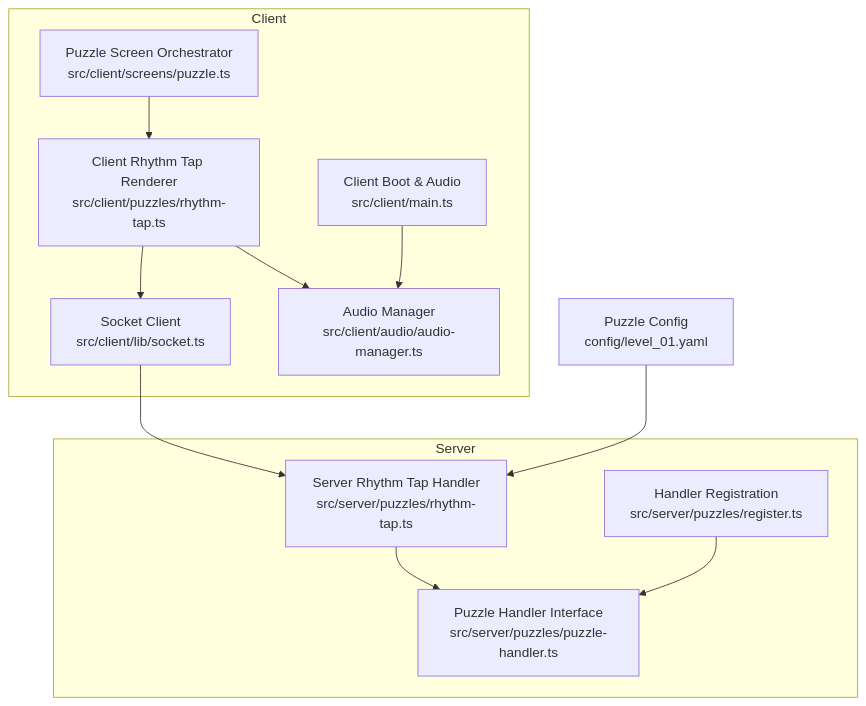
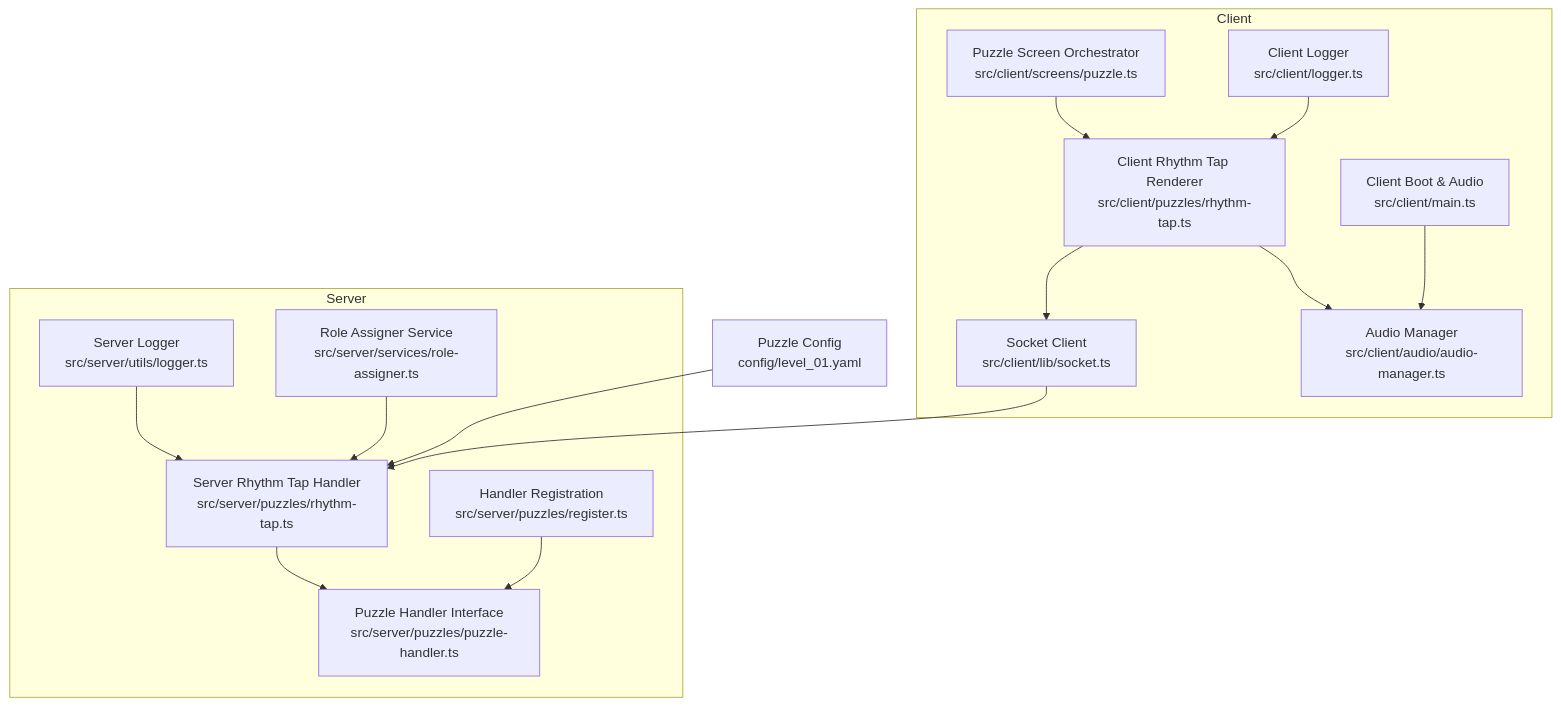
The first of 8 diagrams in .qoder/repowiki/en/content/Puzzle System/Rhythm Tap Puzzle.md (dkoukoul/escape-room-mvp), drawn with Mermaid before and after one commit. The commit also changed other lines of this file and 21 other files, not shown here.

````diff
--- a/.qoder/repowiki/en/content/Puzzle System/Rhythm Tap Puzzle.md
+++ b/.qoder/repowiki/en/content/Puzzle System/Rhythm Tap Puzzle.md
@@ -44,24 +62,30 @@
 ```mermaid
 graph TB
 subgraph "Client"
 RT["Client Rhythm Tap Renderer<br/>src/client/puzzles/rhythm-tap.ts"]
 AM["Audio Manager<br/>src/client/audio/audio-manager.ts"]
 SOCK["Socket Client<br/>src/client/lib/socket.ts"]
 SCR["Puzzle Screen Orchestrator<br/>src/client/screens/puzzle.ts"]
 MAIN["Client Boot & Audio<br/>src/client/main.ts"]
+LOGC["Client Logger<br/>src/client/logger.ts"]
 end
 subgraph "Server"
 SRH["Server Rhythm Tap Handler<br/>src/server/puzzles/rhythm-tap.ts"]
 REG["Handler Registration<br/>src/server/puzzles/register.ts"]
 IFACE["Puzzle Handler Interface<br/>src/server/puzzles/puzzle-handler.ts"]
+LOGS["Server Logger<br/>src/server/utils/logger.ts"]
+RA["Role Assigner Service<br/>src/server/services/role-assigner.ts"]
 end
 CFG["Puzzle Config<br/>config/level_01.yaml"]
 SCR --> RT
 RT --> SOCK
 RT --> AM
 SOCK --> SRH
 SRH --> IFACE
 REG --> IFACE
+RA --> SRH
 CFG --> SRH
 MAIN --> AM
+LOGS --> SRH
+LOGC --> RT
 ```
````
